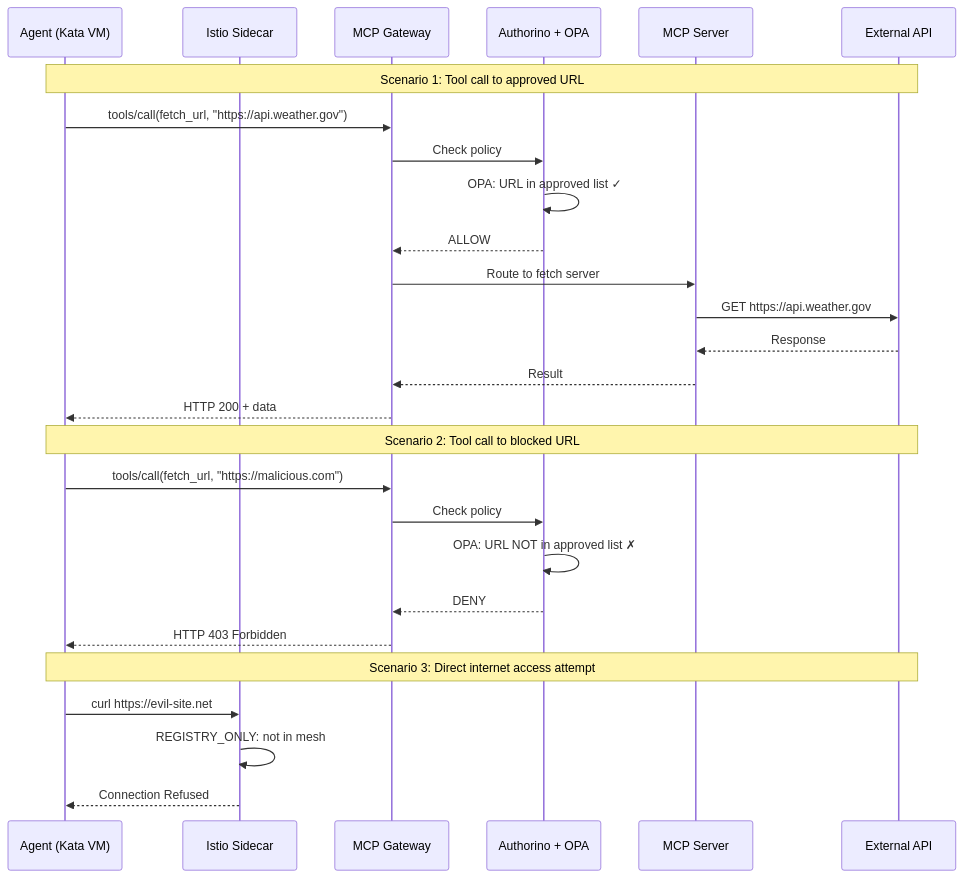
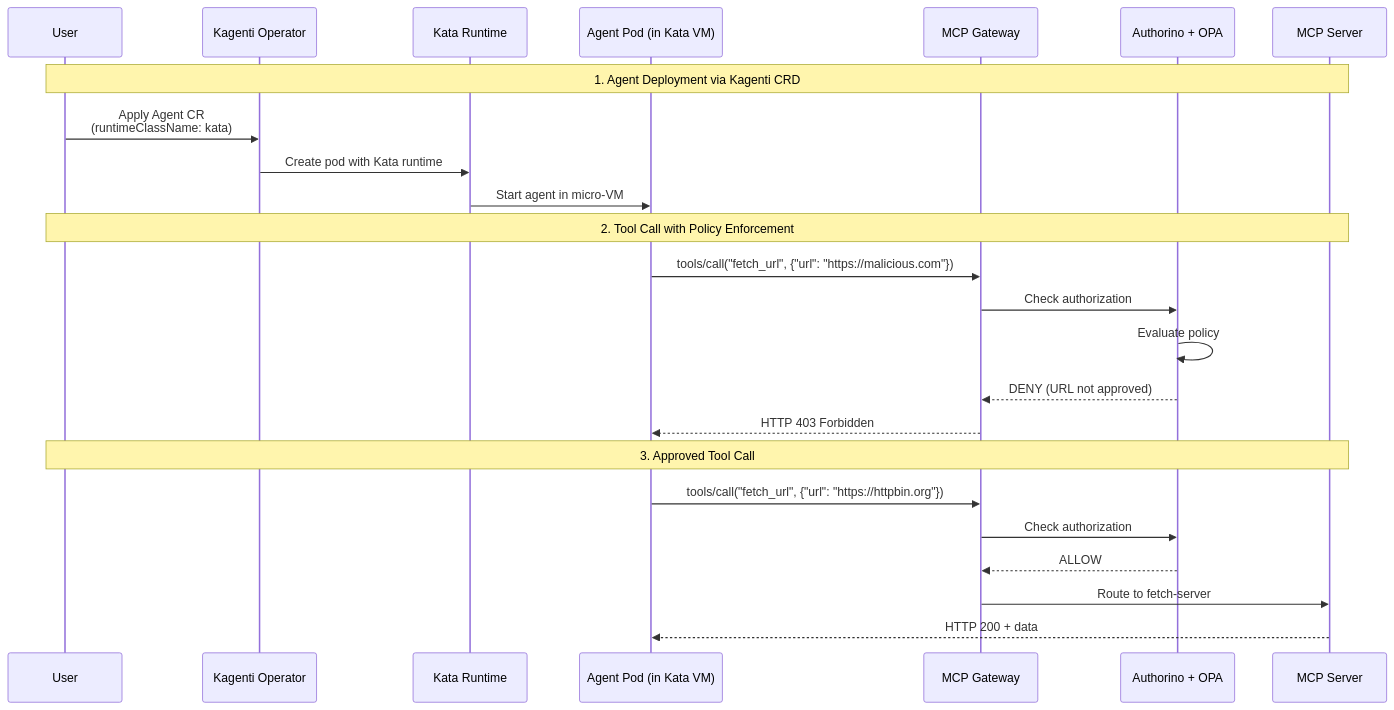
The second of 3 diagrams in docs/architecture.md (rrbanda/agent-sandbox-ocp), drawn with Mermaid before and after one commit. The commit also changed other lines of this file and 1 other file, not shown here.

First line of the commit message:
Fix architecture diagram to show Kagenti Agent CRD + Kata

````diff
--- a/docs/architecture.md
+++ b/docs/architecture.md
@@ -50,32 +64,29 @@
 ```mermaid
 sequenceDiagram
-    participant Agent as Agent (Kata VM)
-    participant Istio as Istio Sidecar
+    participant User
+    participant Kagenti as Kagenti Operator
+    participant Kata as Kata Runtime
+    participant Agent as Agent Pod (in Kata VM)
     participant Gateway as MCP Gateway
-    participant Authorino as Authorino + OPA
+    participant OPA as Authorino + OPA
     participant MCP as MCP Server
-    participant External as External API
 
-    Note over Agent,External: Scenario 1: Tool call to approved URL
-    Agent->>Gateway: tools/call(fetch_url, "https://api.weather.gov")
-    Gateway->>Authorino: Check policy
-    Authorino->>Authorino: OPA: URL in approved list ✓
-    Authorino-->>Gateway: ALLOW
-    Gateway->>MCP: Route to fetch server
-    MCP->>External: GET https://api.weather.gov
-    External-->>MCP: Response
-    MCP-->>Gateway: Result
-    Gateway-->>Agent: HTTP 200 + data
+    Note over User,MCP: 1. Agent Deployment via Kagenti CRD
+    User->>Kagenti: Apply Agent CR<br/>(runtimeClassName: kata)
+    Kagenti->>Kata: Create pod with Kata runtime
+    Kata->>Agent: Start agent in micro-VM
 
-    Note over Agent,External: Scenario 2: Tool call to blocked URL
-    Agent->>Gateway: tools/call(fetch_url, "https://malicious.com")
-    Gateway->>Authorino: Check policy
-    Authorino->>Authorino: OPA: URL NOT in approved list ✗
-    Authorino-->>Gateway: DENY
+    Note over User,MCP: 2. Tool Call with Policy Enforcement
+    Agent->>Gateway: tools/call("fetch_url", {"url": "https://malicious.com"})
+    Gateway->>OPA: Check authorization
+    OPA->>OPA: Evaluate policy
+    OPA-->>Gateway: DENY (URL not approved)
     Gateway-->>Agent: HTTP 403 Forbidden
 
-    Note over Agent,External: Scenario 3: Direct internet access attempt
-    Agent->>Istio: curl https://evil-site.net
-    Istio->>Istio: REGISTRY_ONLY: not in mesh
-    Istio-->>Agent: Connection Refused
+    Note over User,MCP: 3. Approved Tool Call
+    Agent->>Gateway: tools/call("fetch_url", {"url": "https://httpbin.org"})
+    Gateway->>OPA: Check authorization
+    OPA-->>Gateway: ALLOW
+    Gateway->>MCP: Route to fetch-server
+    MCP-->>Agent: HTTP 200 + data
 ```
````
